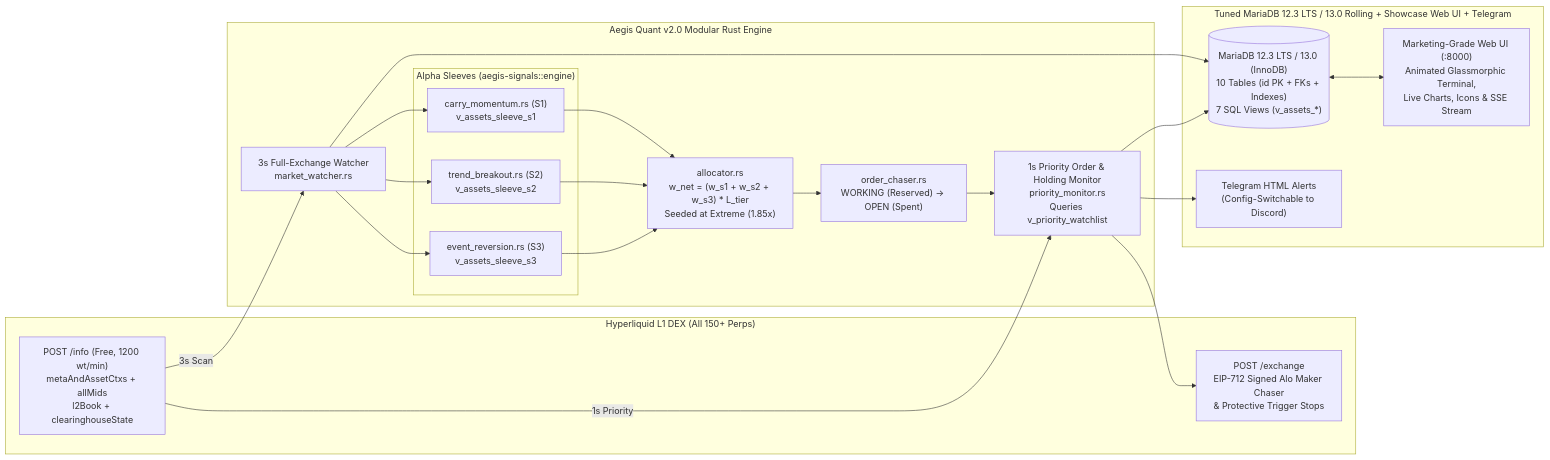
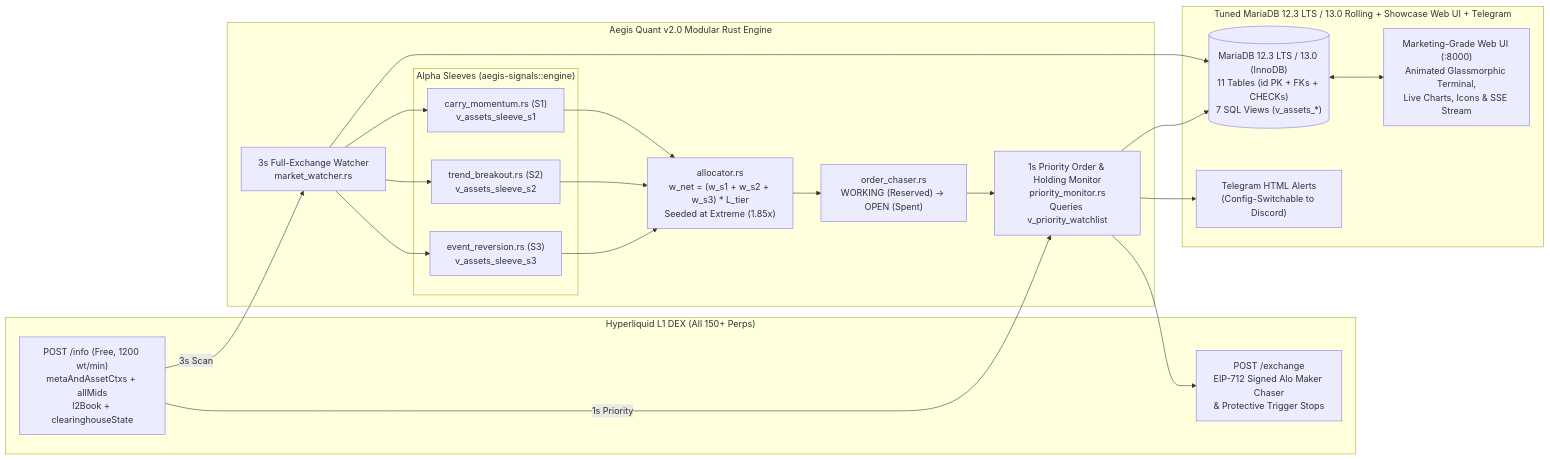
One commit to tlc-at-home/aegis-quant changed the diagram in PLAN_V2.md. Above: the diagram before and after it, drawn with Mermaid. The commit also changed other lines of this file and 5 other files, not shown here.

````diff
--- a/PLAN_V2.md
+++ b/PLAN_V2.md
@@ -43,37 +43,37 @@
 ```mermaid
 flowchart LR
     subgraph HL["Hyperliquid L1 DEX (All 150+ Perps)"]
         INFO["POST /info (Free, 1200 wt/min)\nmetaAndAssetCtxs + allMids\nl2Book + clearinghouseState"]
         EXCH["POST /exchange\nEIP-712 Signed Alo Maker Chaser\n& Protective Trigger Stops"]
     end
 
     subgraph ENGINE["Aegis Quant v2.0 Modular Rust Engine"]
         SCAN["3s Full-Exchange Watcher\nmarket_watcher.rs"]
         PRIO["1s Priority Order & Holding Monitor\npriority_monitor.rs\nQueries v_priority_watchlist"]
         subgraph SLEEVES["Alpha Sleeves (aegis-signals::engine)"]
             S1["carry_momentum.rs (S1)\nv_assets_sleeve_s1"]
             S2["trend_breakout.rs (S2)\nv_assets_sleeve_s2"]
             S3["event_reversion.rs (S3)\nv_assets_sleeve_s3"]
         end
         ALLOC["allocator.rs\nw_net = (w_s1 + w_s2 + w_s3) * L_tier\nSeeded at Extreme (1.85x)"]
         CHASER["order_chaser.rs\nWORKING (Reserved) -> OPEN (Spent)"]
     end
 
     subgraph STATE["Tuned MariaDB 12.3 LTS / 13.0 Rolling + Showcase Web UI + Telegram"]
-        DB[("MariaDB 12.3 LTS / 13.0 (InnoDB)\n10 Tables (id PK + FKs + Indexes)\n7 SQL Views (v_assets_*)")]
+        DB[("MariaDB 12.3 LTS / 13.0 (InnoDB)\n11 Tables (id PK + FKs + CHECKs)\n7 SQL Views (v_assets_*)")]
         WEB["Marketing-Grade Web UI (:8000)\nAnimated Glassmorphic Terminal,\nLive Charts, Icons & SSE Stream"]
         TG["Telegram HTML Alerts\n(Config-Switchable to Discord)"]
     end
 
     INFO -->|3s Scan| SCAN
     INFO -->|1s Priority| PRIO
     SCAN --> DB
     SCAN --> S1 & S2 & S3
     S1 & S2 & S3 --> ALLOC
     ALLOC --> CHASER
     CHASER --> PRIO
     PRIO --> EXCH
     PRIO --> DB
     PRIO --> TG
     DB <--> WEB
 ```
````
